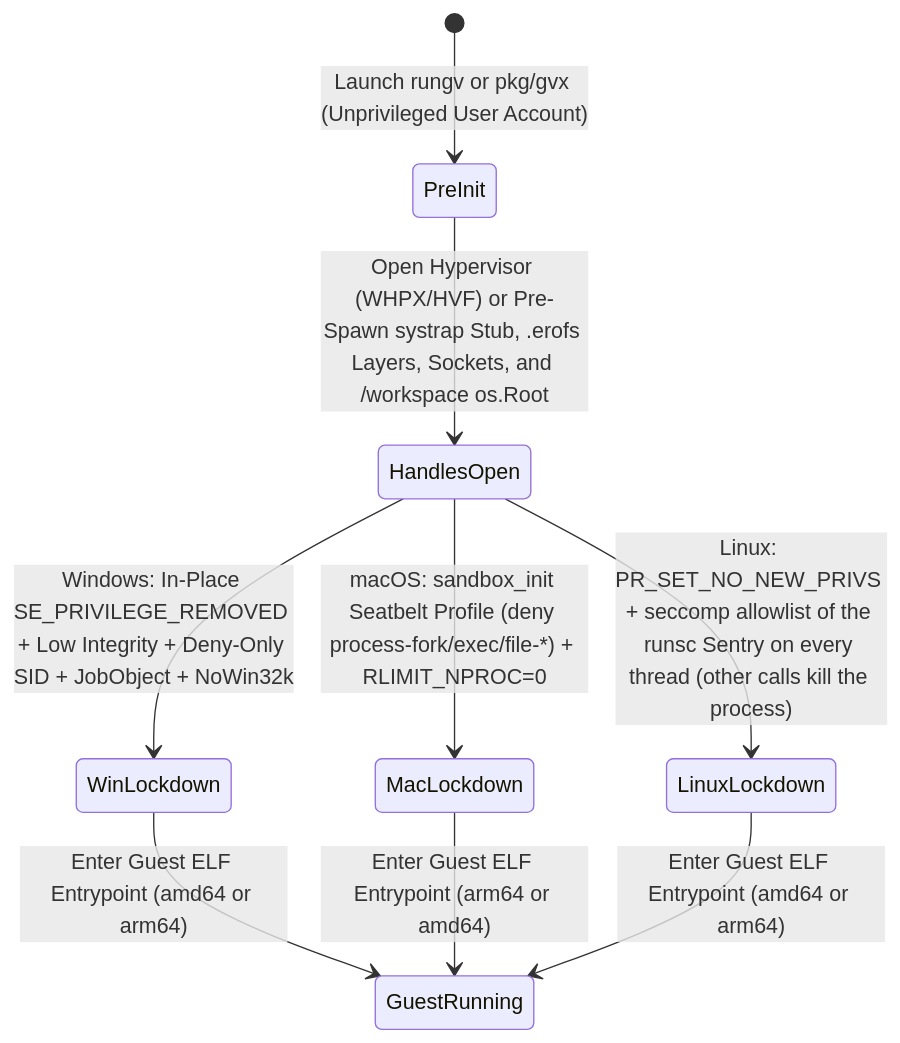
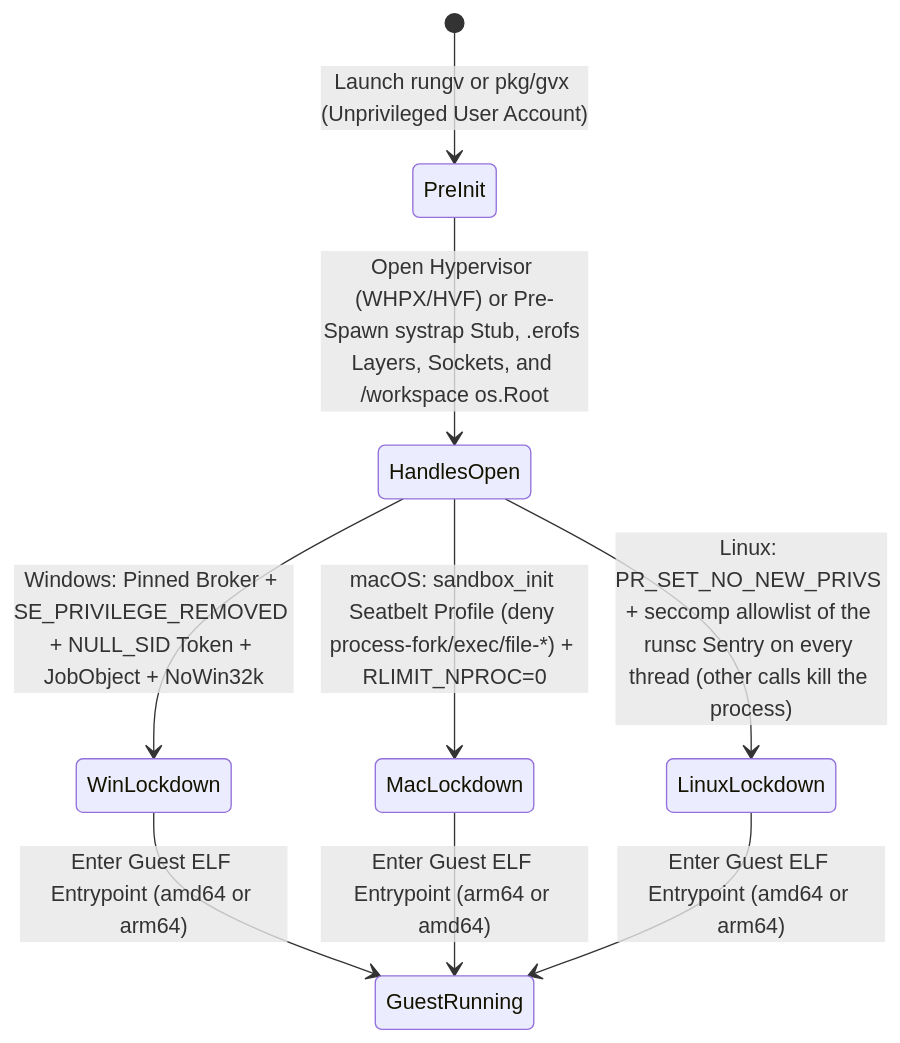
The seventh of 7 diagrams in docs/architecture.md (gfire-sigs/gvx), drawn with Mermaid before and after one commit. The commit also changed other lines of this file and 25 other files, not shown here.

First line of the commit message:
fix(hostlockdown,hostfs): eliminate Windows host ACL mutation and unbound thread token bypass (#154)

````diff
--- a/docs/architecture.md
+++ b/docs/architecture.md
@@ -805,11 +805,11 @@
 ```mermaid
 stateDiagram-v2
     [*] --> PreInit: Launch rungv or pkg/gvx (Unprivileged User Account)
     PreInit --> HandlesOpen: Open Hypervisor (WHPX/HVF) or Pre-Spawn systrap Stub, .erofs Layers, Sockets, and /workspace os.Root
-    HandlesOpen --> WinLockdown: Windows: In-Place SE_PRIVILEGE_REMOVED + Low Integrity + Deny-Only SID + JobObject + NoWin32k
+    HandlesOpen --> WinLockdown: Windows: Pinned Broker + SE_PRIVILEGE_REMOVED + NULL_SID Token + JobObject + NoWin32k
     HandlesOpen --> MacLockdown: macOS: sandbox_init Seatbelt Profile (deny process-fork/exec/file-*) + RLIMIT_NPROC=0
     HandlesOpen --> LinuxLockdown: Linux: PR_SET_NO_NEW_PRIVS + seccomp allowlist of the runsc Sentry on every thread (other calls kill the process)
     WinLockdown --> GuestRunning: Enter Guest ELF Entrypoint (amd64 or arm64)
     MacLockdown --> GuestRunning: Enter Guest ELF Entrypoint (arm64 or amd64)
     LinuxLockdown --> GuestRunning: Enter Guest ELF Entrypoint (amd64 or arm64)
 ```
````
